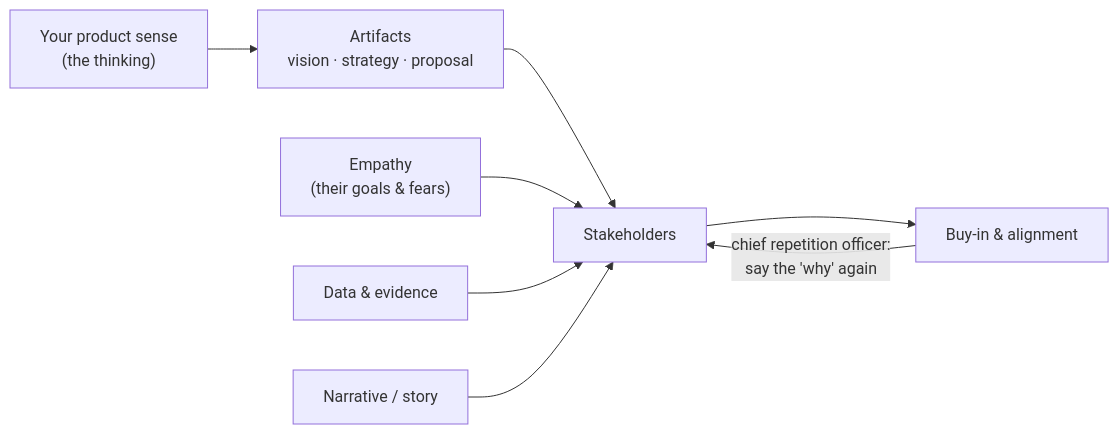
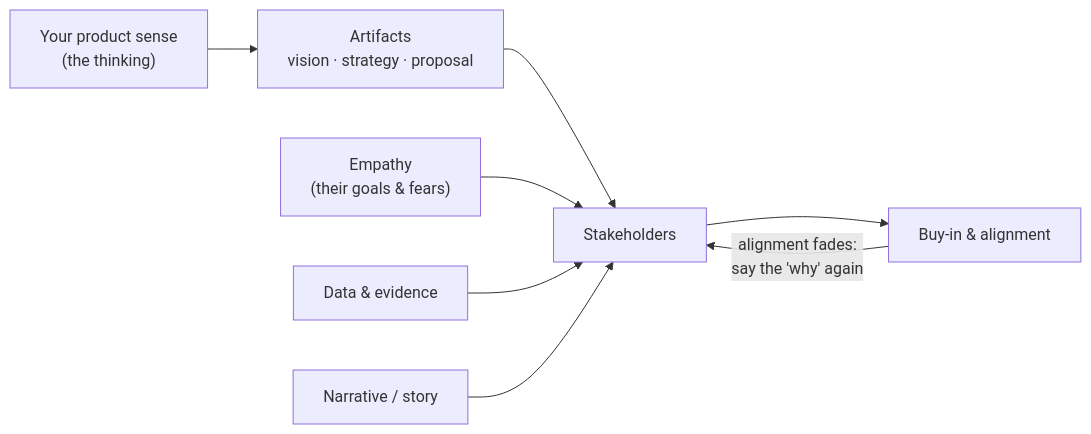
One commit to aakashagg123/gatsby changed the diagram in product-sense/communication.md. Above: the diagram before and after it, drawn with Mermaid. The commit also changed other lines of this file and 6 other files, not shown here.

````diff
--- a/product-sense/communication.md
+++ b/product-sense/communication.md
@@ -20,10 +20,10 @@
 ```mermaid
 flowchart LR
   PS["Your product sense<br/>(the thinking)"] --> ART["Artifacts<br/>vision · strategy · proposal"]
   ART --> STK["Stakeholders"]
   E["Empathy<br/>(their goals & fears)"] --> STK
   D["Data & evidence"] --> STK
   N["Narrative / story"] --> STK
   STK --> BUY["Buy-in & alignment"]
-  BUY -->|"chief repetition officer:<br/>say the 'why' again"| STK
+  BUY -->|"alignment fades:<br/>say the 'why' again"| STK
 ```
````
